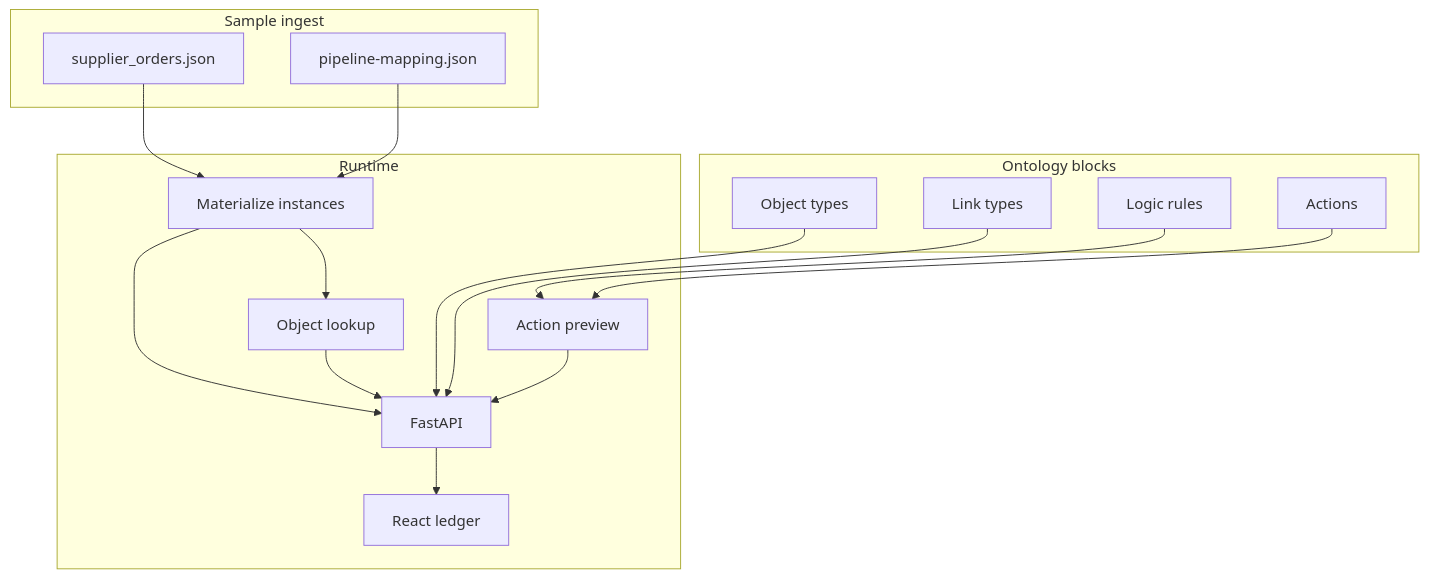
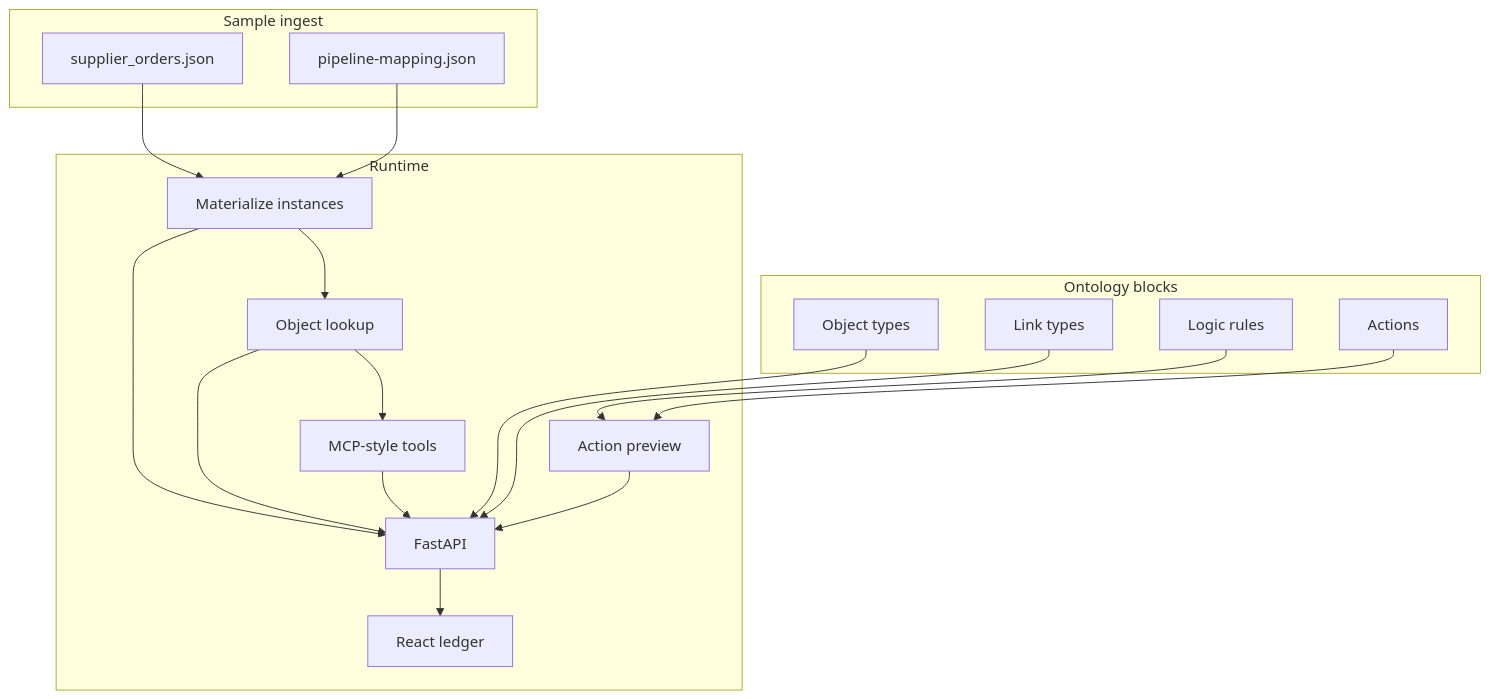
One commit to mizuno0237/scp-agent-ontology-hub changed the diagram in ARCHITECTURE.md. Above: the diagram before and after it, drawn with Mermaid. The commit also changed other lines of this file and 3 other files, not shown here.

````diff
--- a/ARCHITECTURE.md
+++ b/ARCHITECTURE.md
@@ -5,31 +5,34 @@
 ```mermaid
 flowchart TB
   subgraph ingest [Sample ingest]
     JSON[supplier_orders.json]
     MAP[pipeline-mapping.json]
   end
   subgraph types [Ontology blocks]
     OT[Object types]
     LT[Link types]
     LR[Logic rules]
     AC[Actions]
   end
   subgraph serve [Runtime]
     LOAD[Materialize instances]
     LOOK[Object lookup]
+    MCP[MCP-style tools]
     PREV[Action preview]
     API[FastAPI]
     UI[React ledger]
   end
   JSON --> LOAD
   MAP --> LOAD
   OT --> API
   LT --> API
   LR --> PREV
   AC --> PREV
   LOAD --> API
   LOAD --> LOOK
   LOOK --> API
+  LOOK --> MCP
+  MCP --> API
   PREV --> API
   API --> UI
 ```
````
